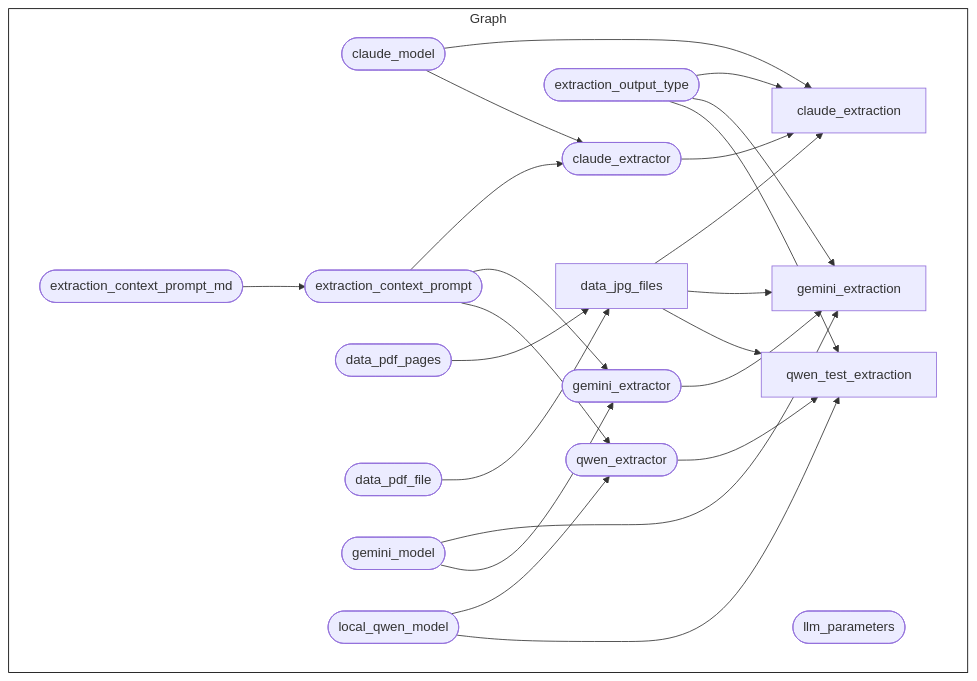
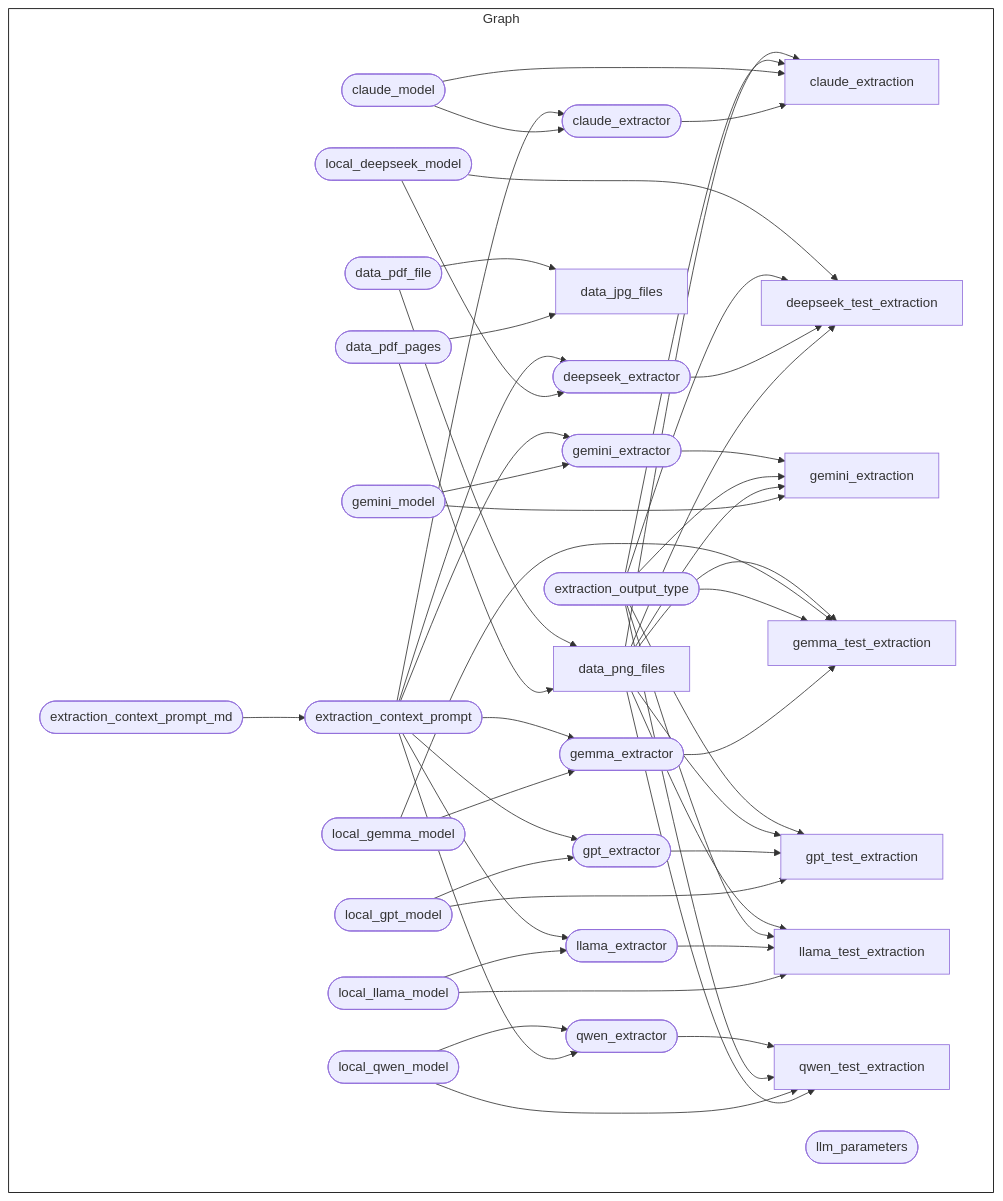
One commit to OxfordIHTM/computer-vision-demo changed the diagram in README.md. Above: the diagram before and after it, drawn with Mermaid. The commit also changed other lines of this file and 10 other files, not shown here.

````diff
--- a/README.md
+++ b/README.md
@@ -231,29 +232,55 @@
 ``` mermaid
 graph LR
   style Graph fill:#FFFFFF00,stroke:#000000;
   subgraph Graph
     direction LR
-    x35a7fe2b14fea884(["claude_extractor"]):::skipped --> xbf558aaf2fd08c0e["claude_extraction"]:::completed
-    x487a49d42720222c(["extraction_output_type"]):::skipped --> xbf558aaf2fd08c0e["claude_extraction"]:::completed
-    x39d4d013227f0dc3(["claude_model"]):::skipped --> xbf558aaf2fd08c0e["claude_extraction"]:::completed
-    xcde58b2bce8a2260["data_jpg_files"]:::skipped --> xbf558aaf2fd08c0e["claude_extraction"]:::completed
-    x39d4d013227f0dc3(["claude_model"]):::skipped --> x35a7fe2b14fea884(["claude_extractor"]):::skipped
-    x982a35c892e245ee(["extraction_context_prompt"]):::skipped --> x35a7fe2b14fea884(["claude_extractor"]):::skipped
-    xe79485d2cbaf929c(["data_pdf_pages"]):::skipped --> xcde58b2bce8a2260["data_jpg_files"]:::skipped
-    xf64c2f26e3ae28ce(["data_pdf_file"]):::skipped --> xcde58b2bce8a2260["data_jpg_files"]:::skipped
+    x35a7fe2b14fea884(["claude_extractor"]):::queued --> xbf558aaf2fd08c0e["claude_extraction"]:::queued
+    x39d4d013227f0dc3(["claude_model"]):::queued --> xbf558aaf2fd08c0e["claude_extraction"]:::queued
+    x487a49d42720222c(["extraction_output_type"]):::skipped --> xbf558aaf2fd08c0e["claude_extraction"]:::queued
+    x6fd840ed377697c4["data_png_files"]:::skipped --> xbf558aaf2fd08c0e["claude_extraction"]:::queued
+    x39d4d013227f0dc3(["claude_model"]):::queued --> x35a7fe2b14fea884(["claude_extractor"]):::queued
+    x982a35c892e245ee(["extraction_context_prompt"]):::skipped --> x35a7fe2b14fea884(["claude_extractor"]):::queued
+    xe79485d2cbaf929c(["data_pdf_pages"]):::skipped --> xcde58b2bce8a2260["data_jpg_files"]:::queued
+    xf64c2f26e3ae28ce(["data_pdf_file"]):::skipped --> xcde58b2bce8a2260["data_jpg_files"]:::queued
+    xe79485d2cbaf929c(["data_pdf_pages"]):::skipped --> x6fd840ed377697c4["data_png_files"]:::skipped
+    xf64c2f26e3ae28ce(["data_pdf_file"]):::skipped --> x6fd840ed377697c4["data_png_files"]:::skipped
+    xb957a37aad5b67c5(["local_deepseek_model"]):::queued --> xf407d53739ed0632(["deepseek_extractor"]):::queued
+    x982a35c892e245ee(["extraction_context_prompt"]):::skipped --> xf407d53739ed0632(["deepseek_extractor"]):::queued
+    x6fd840ed377697c4["data_png_files"]:::skipped --> xe59d676cc895fc8f["deepseek_test_extraction"]:::queued
+    xf407d53739ed0632(["deepseek_extractor"]):::queued --> xe59d676cc895fc8f["deepseek_test_extraction"]:::queued
+    x487a49d42720222c(["extraction_output_type"]):::skipped --> xe59d676cc895fc8f["deepseek_test_extraction"]:::queued
+    xb957a37aad5b67c5(["local_deepseek_model"]):::queued --> xe59d676cc895fc8f["deepseek_test_extraction"]:::queued
     xa765f8be0f1473b7(["extraction_context_prompt_md"]):::skipped --> x982a35c892e245ee(["extraction_context_prompt"]):::skipped
-    x8cb7c7e0b9710ea2(["gemini_extractor"]):::queued --> xd63226de7dd05e61["gemini_extraction"]:::queued
-    x487a49d42720222c(["extraction_output_type"]):::skipped --> xd63226de7dd05e61["gemini_extraction"]:::queued
-    xcde58b2bce8a2260["data_jpg_files"]:::skipped --> xd63226de7dd05e61["gemini_extraction"]:::queued
-    x672b0658cd7f304b(["gemini_model"]):::queued --> xd63226de7dd05e61["gemini_extraction"]:::queued
-    x982a35c892e245ee(["extraction_context_prompt"]):::skipped --> x8cb7c7e0b9710ea2(["gemini_extractor"]):::queued
-    x672b0658cd7f304b(["gemini_model"]):::queued --> x8cb7c7e0b9710ea2(["gemini_extractor"]):::queued
+    x672b0658cd7f304b(["gemini_model"]):::skipped --> xd63226de7dd05e61["gemini_extraction"]:::completed
+    x6fd840ed377697c4["data_png_files"]:::skipped --> xd63226de7dd05e61["gemini_extraction"]:::completed
+    x487a49d42720222c(["extraction_output_type"]):::skipped --> xd63226de7dd05e61["gemini_extraction"]:::completed
+    x8cb7c7e0b9710ea2(["gemini_extractor"]):::skipped --> xd63226de7dd05e61["gemini_extraction"]:::completed
+    x672b0658cd7f304b(["gemini_model"]):::skipped --> x8cb7c7e0b9710ea2(["gemini_extractor"]):::skipped
+    x982a35c892e245ee(["extraction_context_prompt"]):::skipped --> x8cb7c7e0b9710ea2(["gemini_extractor"]):::skipped
+    xba597cd142706396(["local_gemma_model"]):::queued --> xbdacf1efe57d11ba(["gemma_extractor"]):::queued
+    x982a35c892e245ee(["extraction_context_prompt"]):::skipped --> xbdacf1efe57d11ba(["gemma_extractor"]):::queued
+    xbdacf1efe57d11ba(["gemma_extractor"]):::queued --> x883eafa12b623704["gemma_test_extraction"]:::queued
+    x487a49d42720222c(["extraction_output_type"]):::skipped --> x883eafa12b623704["gemma_test_extraction"]:::queued
+    xba597cd142706396(["local_gemma_model"]):::queued --> x883eafa12b623704["gemma_test_extraction"]:::queued
+    x6fd840ed377697c4["data_png_files"]:::skipped --> x883eafa12b623704["gemma_test_extraction"]:::queued
+    xd91653768ab318c2(["local_gpt_model"]):::queued --> xa26cc1fdbcc7446d(["gpt_extractor"]):::queued
+    x982a35c892e245ee(["extraction_context_prompt"]):::skipped --> xa26cc1fdbcc7446d(["gpt_extractor"]):::queued
+    xd91653768ab318c2(["local_gpt_model"]):::queued --> xbd26e8369aff188c["gpt_test_extraction"]:::queued
+    xa26cc1fdbcc7446d(["gpt_extractor"]):::queued --> xbd26e8369aff188c["gpt_test_extraction"]:::queued
+    x6fd840ed377697c4["data_png_files"]:::skipped --> xbd26e8369aff188c["gpt_test_extraction"]:::queued
+    x487a49d42720222c(["extraction_output_type"]):::skipped --> xbd26e8369aff188c["gpt_test_extraction"]:::queued
+    x99f03a7148fda570(["local_llama_model"]):::queued --> xf54b87b127ae79c8(["llama_extractor"]):::queued
+    x982a35c892e245ee(["extraction_context_prompt"]):::skipped --> xf54b87b127ae79c8(["llama_extractor"]):::queued
+    x99f03a7148fda570(["local_llama_model"]):::queued --> x292cd34918802a30["llama_test_extraction"]:::queued
+    xf54b87b127ae79c8(["llama_extractor"]):::queued --> x292cd34918802a30["llama_test_extraction"]:::queued
+    x487a49d42720222c(["extraction_output_type"]):::skipped --> x292cd34918802a30["llama_test_extraction"]:::queued
+    x6fd840ed377697c4["data_png_files"]:::skipped --> x292cd34918802a30["llama_test_extraction"]:::queued
+    x982a35c892e245ee(["extraction_context_prompt"]):::skipped --> x15a3fb4d9a651239(["qwen_extractor"]):::queued
     x01ce8cbced893885(["local_qwen_model"]):::queued --> x15a3fb4d9a651239(["qwen_extractor"]):::queued
-    x982a35c892e245ee(["extraction_context_prompt"]):::skipped --> x15a3fb4d9a651239(["qwen_extractor"]):::queued
-    xcde58b2bce8a2260["data_jpg_files"]:::skipped --> xd726feef05e5de04["qwen_test_extraction"]:::queued
+    x6fd840ed377697c4["data_png_files"]:::skipped --> xd726feef05e5de04["qwen_test_extraction"]:::queued
     x01ce8cbced893885(["local_qwen_model"]):::queued --> xd726feef05e5de04["qwen_test_extraction"]:::queued
     x487a49d42720222c(["extraction_output_type"]):::skipped --> xd726feef05e5de04["qwen_test_extraction"]:::queued
     x15a3fb4d9a651239(["qwen_extractor"]):::queued --> xd726feef05e5de04["qwen_test_extraction"]:::queued
     xa87a62a227d5e627(["llm_parameters"]):::queued
   end
 ```
````
